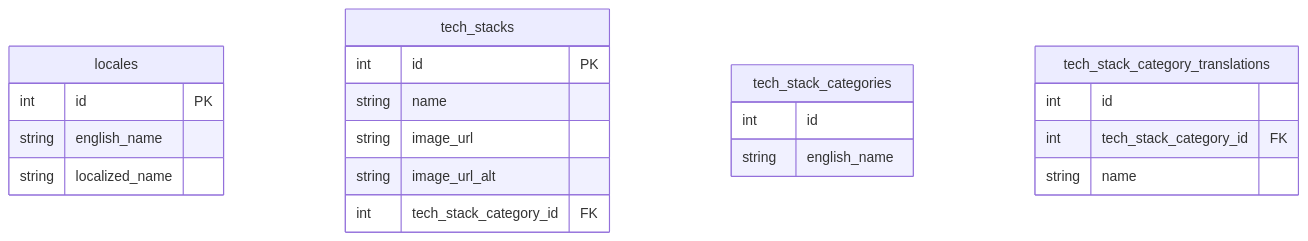
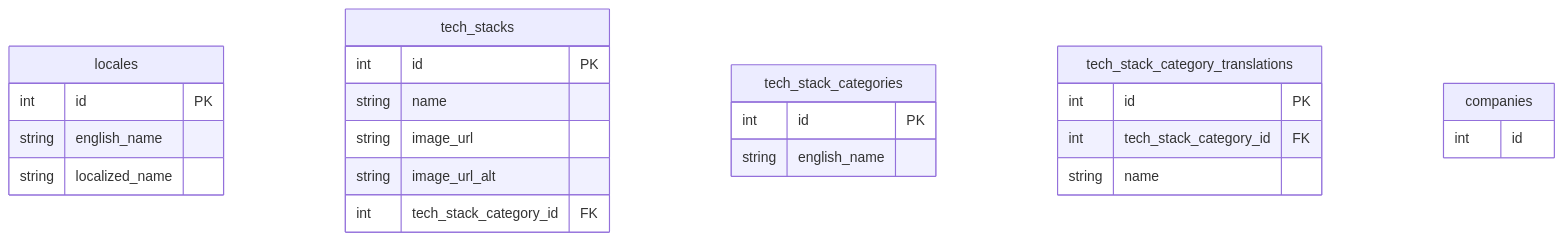
The diagram in docs/design/Database Design.md (fadhilahm/personal-website), drawn with Mermaid before and after one commit.

Commit message:
Add companies table to Database Design documentation

````diff
--- a/docs/design/Database Design.md
+++ b/docs/design/Database Design.md
@@ -5,30 +5,34 @@
 ```mermaid
 
 erDiagram
 
     locales {
         int     id              PK
         string  english_name
         string  localized_name
     }
 
     tech_stacks {
         int     id                      PK
         string  name
         string  image_url
         string  image_url_alt
         int     tech_stack_category_id  FK
     }
 
     tech_stack_categories {
-        int     id
+        int     id              PK
         string  english_name
     }
 
     tech_stack_category_translations  {
-        int     id
+        int     id                      PK
         int     tech_stack_category_id  FK
         string  name
     }
 
+    companies {
+        int     id
+    }
+
 ```
````
